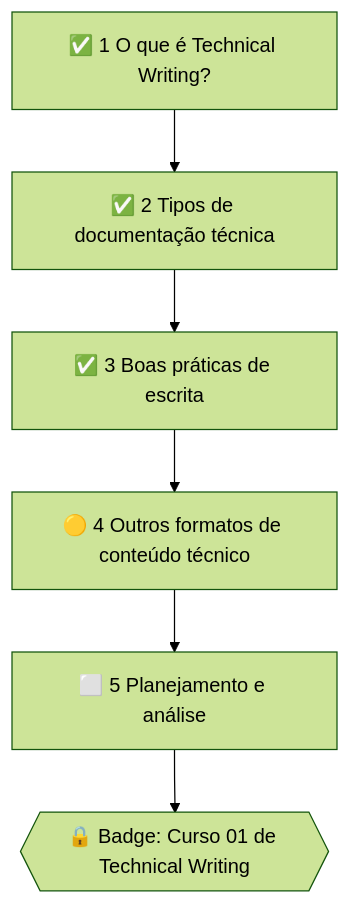
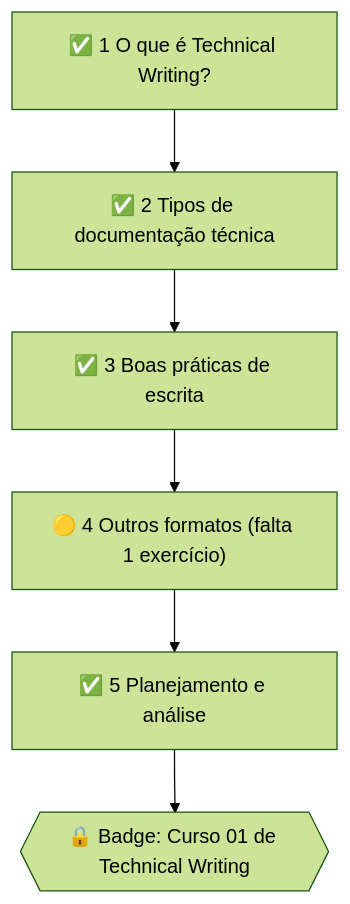
One commit to letsprown-code/po-learning-journal changed the fifth of 5 diagrams in mapa-de-estudos.md. Above: the diagram before and after it, drawn with Mermaid (forest theme). The commit also changed other lines of this file and 4 other files, not shown here.

First line of the commit message:
Alura TW 01 aula 5: Planejamento e análise (nota, plano de documentação das Caixinhas, glossário, mapa)

```diff
--- a/mapa-de-estudos.md
+++ b/mapa-de-estudos.md
@@ -147,6 +147,6 @@
 ~~~mermaid
 flowchart TD
     A1["✅ 1 O que é Technical Writing?"] --> A2["✅ 2 Tipos de documentação técnica"] --> A3["✅ 3 Boas práticas de escrita"]
-    A3 --> A4["🟡 4 Outros formatos de conteúdo técnico"] --> A5["⬜ 5 Planejamento e análise"]
+    A3 --> A4["🟡 4 Outros formatos (falta 1 exercício)"] --> A5["✅ 5 Planejamento e análise"]
     A5 --> B{{"🔒 Badge: Curso 01 de Technical Writing"}}
 ~~~
```
